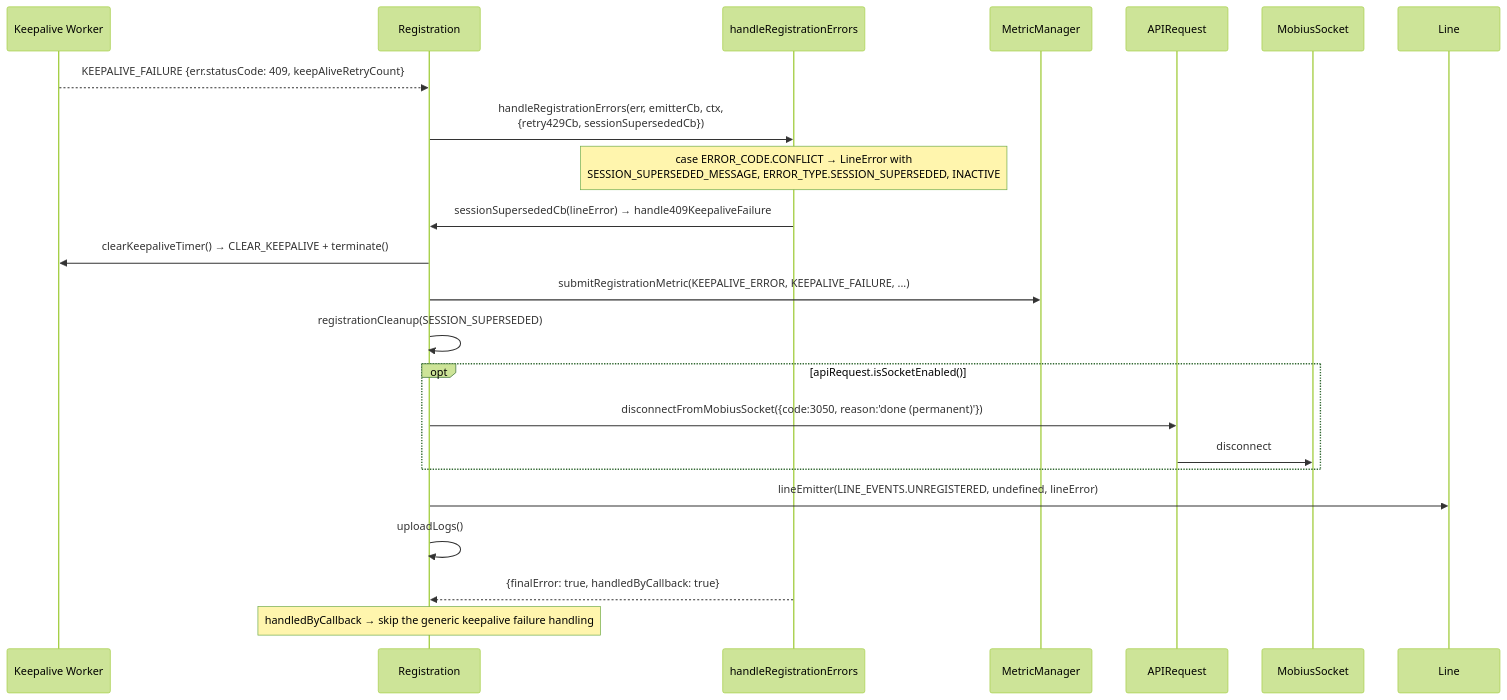
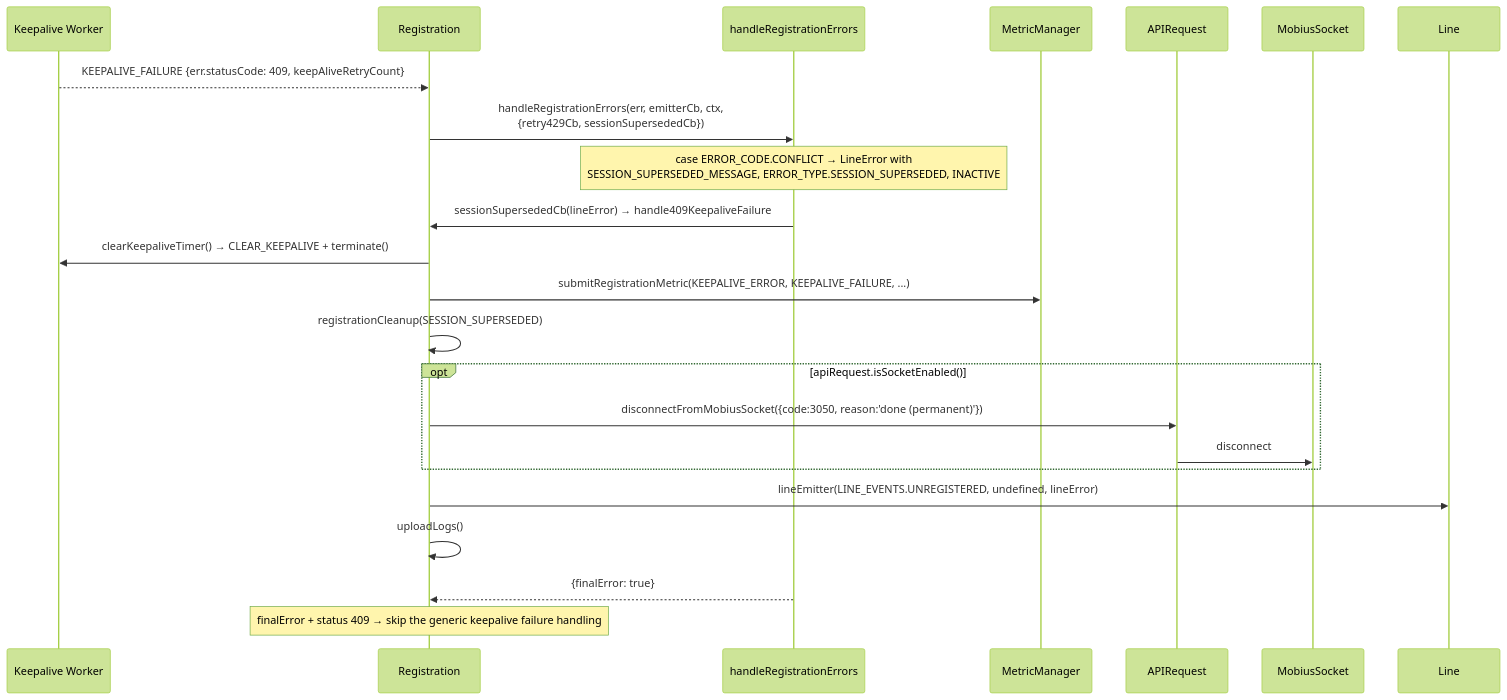
Before and after one commit to webex/webex-js-sdk: the second of 13 diagrams in packages/calling/src/CallingClient/registration/ai-docs/registration-spec.md, drawn with Mermaid (forest theme). The commit also changed other lines of this file and 7 other files, not shown here.

````diff
--- a/packages/calling/src/CallingClient/registration/ai-docs/registration-spec.md
+++ b/packages/calling/src/CallingClient/registration/ai-docs/registration-spec.md
@@ -202,28 +202,28 @@
 ```mermaid
 sequenceDiagram
     participant WW as Keepalive Worker
     participant Reg as Registration
     participant HRE as handleRegistrationErrors
     participant MM as MetricManager
     participant API as APIRequest
     participant MS as MobiusSocket
     participant Line as Line
 
     WW-->>Reg: KEEPALIVE_FAILURE {err.statusCode: 409, keepAliveRetryCount}
     Reg->>HRE: handleRegistrationErrors(err, emitterCb, ctx,<br/>{retry429Cb, sessionSupersededCb})
     Note over HRE: case ERROR_CODE.CONFLICT → LineError with<br/>SESSION_SUPERSEDED_MESSAGE, ERROR_TYPE.SESSION_SUPERSEDED, INACTIVE
     HRE->>Reg: sessionSupersededCb(lineError) → handle409KeepaliveFailure
     Reg->>WW: clearKeepaliveTimer() → CLEAR_KEEPALIVE + terminate()
     Reg->>MM: submitRegistrationMetric(KEEPALIVE_ERROR, KEEPALIVE_FAILURE, ...)
     Reg->>Reg: registrationCleanup(SESSION_SUPERSEDED)
 
     opt apiRequest.isSocketEnabled()
         Reg->>API: disconnectFromMobiusSocket({code:3050, reason:'done (permanent)'})
         API->>MS: disconnect
     end
 
     Reg->>Line: lineEmitter(LINE_EVENTS.UNREGISTERED, undefined, lineError)
     Reg->>Reg: uploadLogs()
-    HRE-->>Reg: {finalError: true, handledByCallback: true}
-    Note over Reg: handledByCallback → skip the generic keepalive failure handling
+    HRE-->>Reg: {finalError: true}
+    Note over Reg: finalError + status 409 → skip the generic keepalive failure handling
 ```
````
